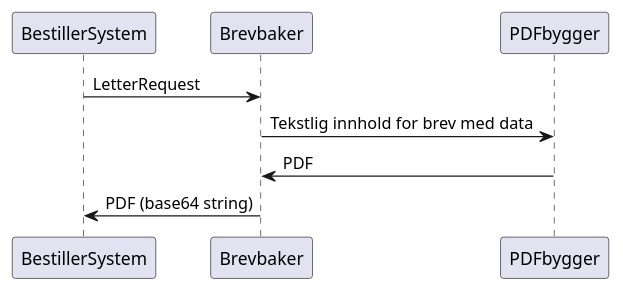
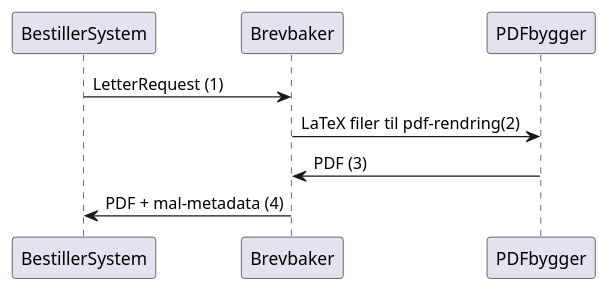
Before and after one commit to navikt/pensjonsbrev: the first of 3 diagrams in docs/løsningsbeskrivelse.adoc, drawn with PlantUML. The commit also changed other lines of this file and 3 other files, not shown here.

Commit message:
Dokumenterer ett vanlig bestillingsløp med brevbaker og pdf-bygger

```diff
--- a/docs/løsningsbeskrivelse.adoc
+++ b/docs/løsningsbeskrivelse.adoc
@@ -13,7 +14,7 @@
 [plantuml, target=img/sekvens-diagram, format=svg]
 ....
-BestillerSystem -> Brevbaker: LetterRequest
-Brevbaker -> PDFbygger: Tekstlig innhold for brev med data
-PDFbygger -> Brevbaker: PDF
-Brevbaker -> BestillerSystem: PDF (base64 string)
+BestillerSystem -> Brevbaker: LetterRequest (1)
+Brevbaker -> PDFbygger: LaTeX filer til pdf-rendring(2)
+PDFbygger -> Brevbaker: PDF (3)
+Brevbaker -> BestillerSystem: PDF + mal-metadata (4)
 ....
```
